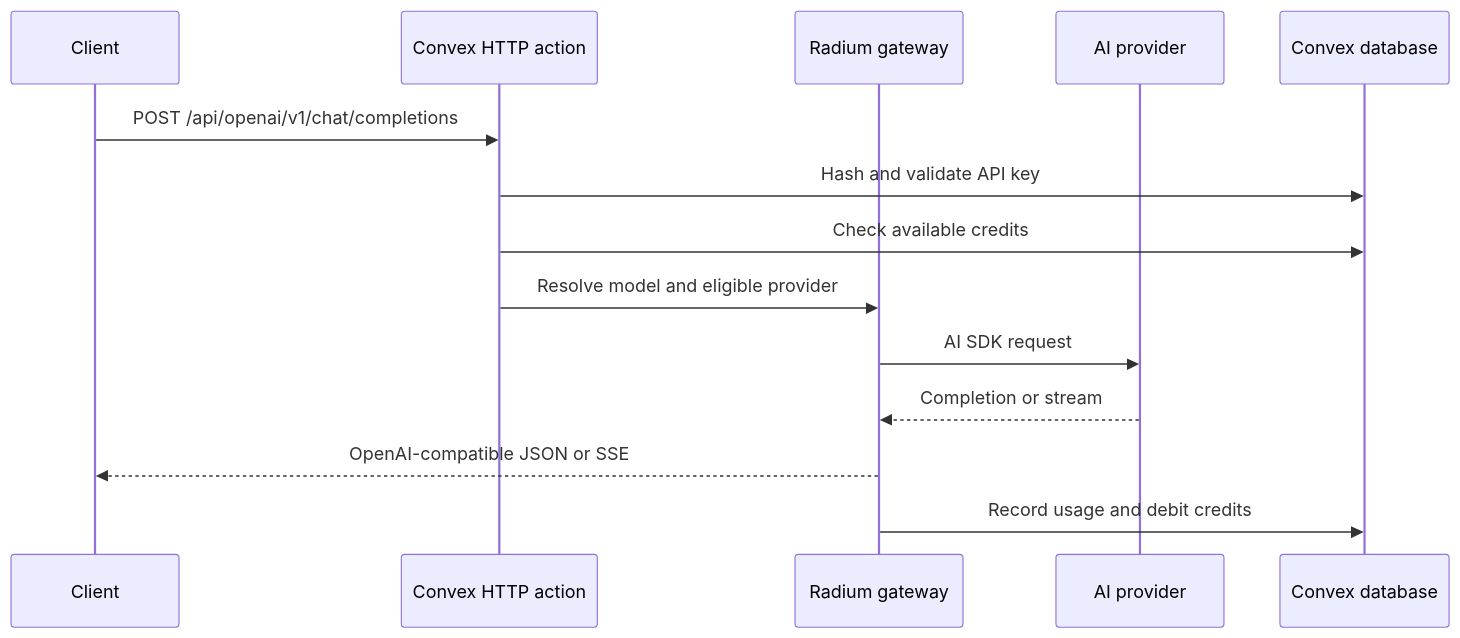
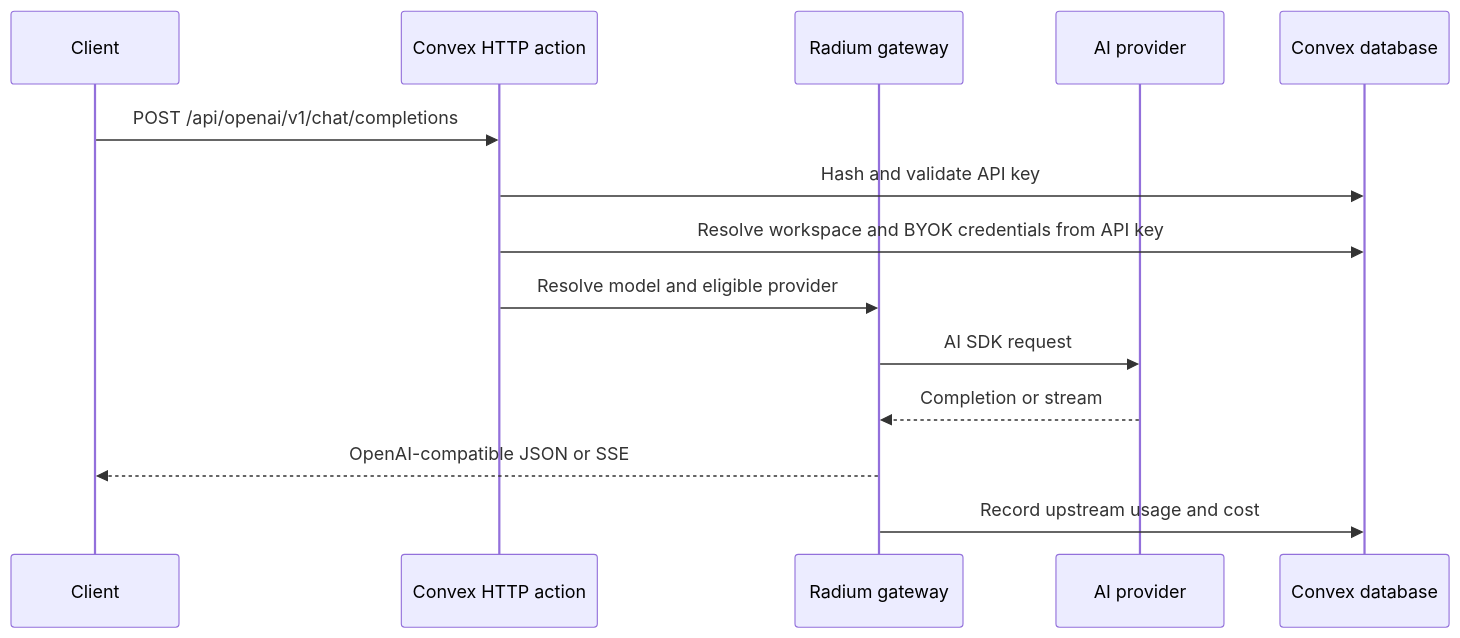
The diagram in docs/architecture.md (alkalines/Radium), drawn with Mermaid before and after one commit. The commit also changed other lines of this file and 88 other files, not shown here.

````diff
--- a/docs/architecture.md
+++ b/docs/architecture.md
@@ -29,17 +29,17 @@
 ```mermaid
 sequenceDiagram
     participant Client
     participant HTTP as Convex HTTP action
     participant Gateway as Radium gateway
     participant Provider as AI provider
     participant DB as Convex database
 
     Client->>HTTP: POST /api/openai/v1/chat/completions
     HTTP->>DB: Hash and validate API key
-    HTTP->>DB: Check available credits
+    HTTP->>DB: Resolve workspace and BYOK credentials from API key
     HTTP->>Gateway: Resolve model and eligible provider
     Gateway->>Provider: AI SDK request
     Provider-->>Gateway: Completion or stream
     Gateway-->>Client: OpenAI-compatible JSON or SSE
-    Gateway->>DB: Record usage and debit credits
+    Gateway->>DB: Record upstream usage and cost
 ```
````
